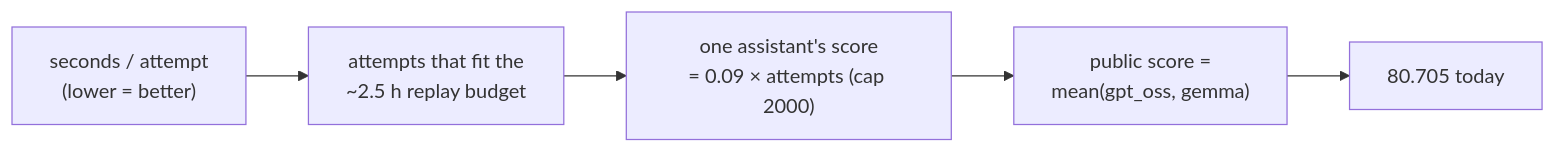
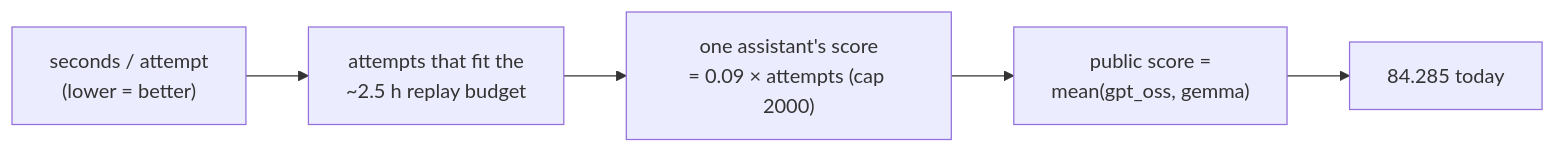
The fifth of 6 diagrams in docs/competition/agent-model.md (chris0leite-ui/AgentRedTeamKaggle), drawn with Mermaid before and after one commit. The commit also changed other lines of this file and 3 other files, not shown here.

````diff
--- a/docs/competition/agent-model.md
+++ b/docs/competition/agent-model.md
@@ -92,7 +92,7 @@
 ```mermaid
 flowchart LR
   SPC["seconds / attempt<br/>(lower = better)"] --> N["attempts that fit the<br/>~2.5 h replay budget"]
   N --> ROW["one assistant's score<br/>= 0.09 × attempts (cap 2000)"]
   ROW --> MEAN["public score =<br/>mean(gpt_oss, gemma)"]
-  MEAN --> BEST["80.705 today"]
+  MEAN --> BEST["84.285 today"]
 ```
````
